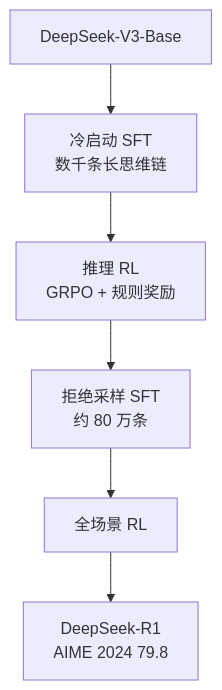
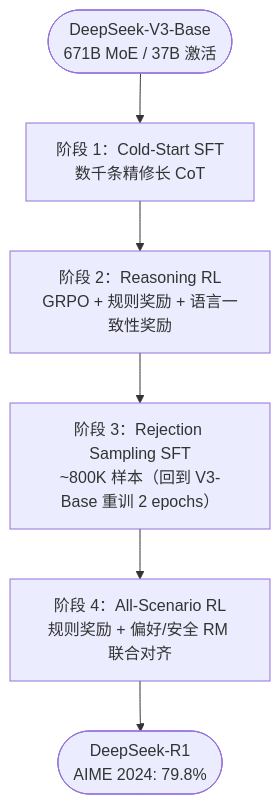
The first of 3 diagrams in docs/post-training/ch2/2.1-deepseek.md (QJK-BUAA/llm-post-training), drawn with Mermaid before and after one commit. The commit also changed other lines of this file and 46 other files, not shown here.

````diff
--- a/docs/post-training/ch2/2.1-deepseek.md
+++ b/docs/post-training/ch2/2.1-deepseek.md
@@ -30,8 +55,8 @@
 ```mermaid
 flowchart TD
-    Base["DeepSeek-V3-Base"] --> S1["冷启动 SFT<br/>数千条长思维链"]
-    S1 --> S2["推理 RL<br/>GRPO + 规则奖励"]
-    S2 --> S3["拒绝采样 SFT<br/>约 80 万条"]
-    S3 --> S4["全场景 RL"]
-    S4 --> Final["DeepSeek-R1<br/>AIME 2024 79.8"]
+    Base(["DeepSeek-V3-Base<br/>671B MoE / 37B 激活"]) --> S1["阶段 1：Cold-Start SFT<br/>数千条精修长 CoT"]
+    S1 --> S2["阶段 2：Reasoning RL<br/>GRPO + 规则奖励 + 语言一致性奖励"]
+    S2 --> S3["阶段 3：Rejection Sampling SFT<br/>~800K 样本（回到 V3-Base 重训 2 epochs）"]
+    S3 --> S4["阶段 4：All-Scenario RL<br/>规则奖励 + 偏好/安全 RM 联合对齐"]
+    S4 --> Final(["DeepSeek-R1<br/>AIME 2024: 79.8%"])
 ```
````
